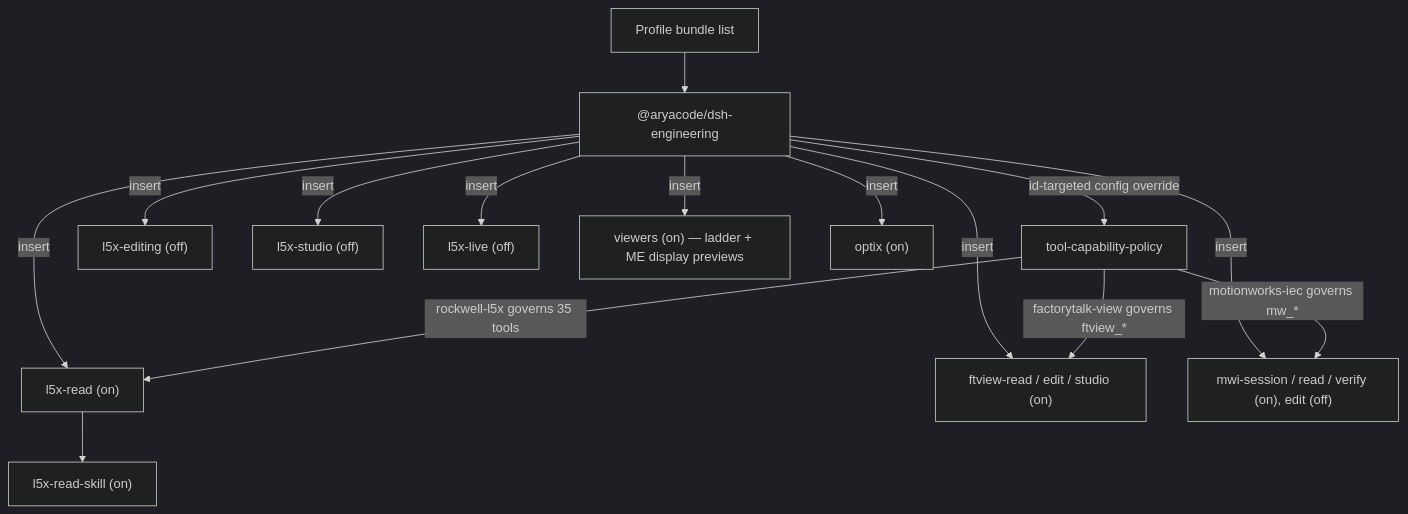
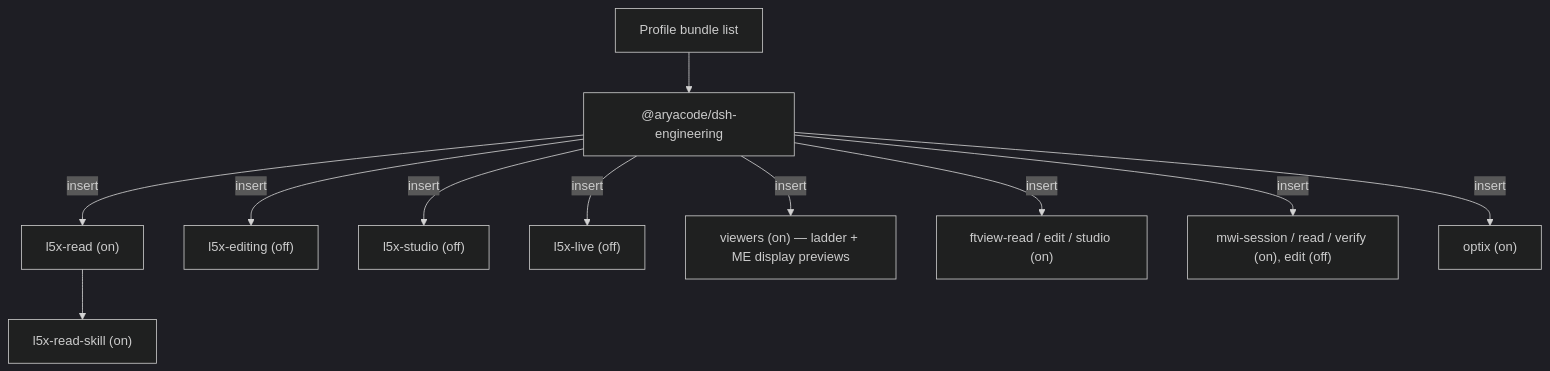
Before and after one commit to KonnectSuite/dsh-engineering: the diagram in README.md, drawn with Mermaid (dark theme). The commit also changed other lines of this file and 8 other files, not shown here.

````diff
--- a/README.md
+++ b/README.md
@@ -135,17 +142,13 @@
 ```mermaid
 flowchart TB
   Profile["Profile bundle list"] --> Bundle["@aryacode/dsh-engineering"]
-  Bundle -->|"id-targeted config override"| Policy["tool-capability-policy"]
   Bundle -->|insert| L5XRead["l5x-read (on)"]
   L5XRead --> L5XSkill["l5x-read-skill (on)"]
   Bundle -->|insert| L5XEdit["l5x-editing (off)"]
   Bundle -->|insert| L5XStudio["l5x-studio (off)"]
   Bundle -->|insert| L5XLive["l5x-live (off)"]
   Bundle -->|insert| Viewers["viewers (on) — ladder + ME display previews"]
   Bundle -->|insert| FTV["ftview-read / edit / studio (on)"]
   Bundle -->|insert| MWI["mwi-session / read / verify (on), edit (off)"]
   Bundle -->|insert| Optix["optix (on)"]
-  Policy -->|"rockwell-l5x governs 35 tools"| L5XRead
-  Policy -->|"factorytalk-view governs ftview_*"| FTV
-  Policy -->|"motionworks-iec governs mw_*"| MWI
 ```
````
